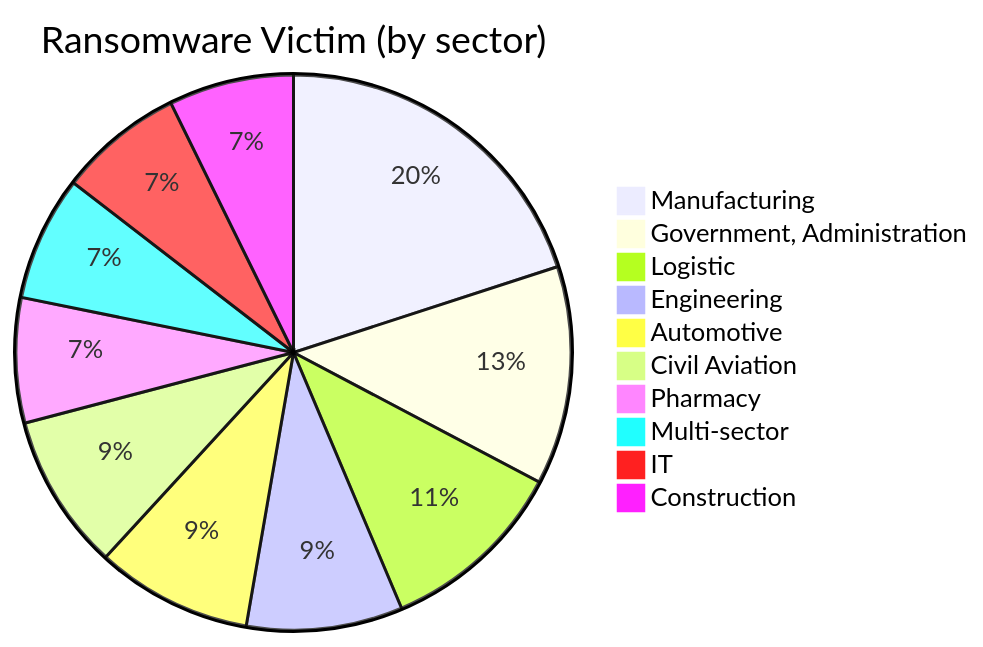
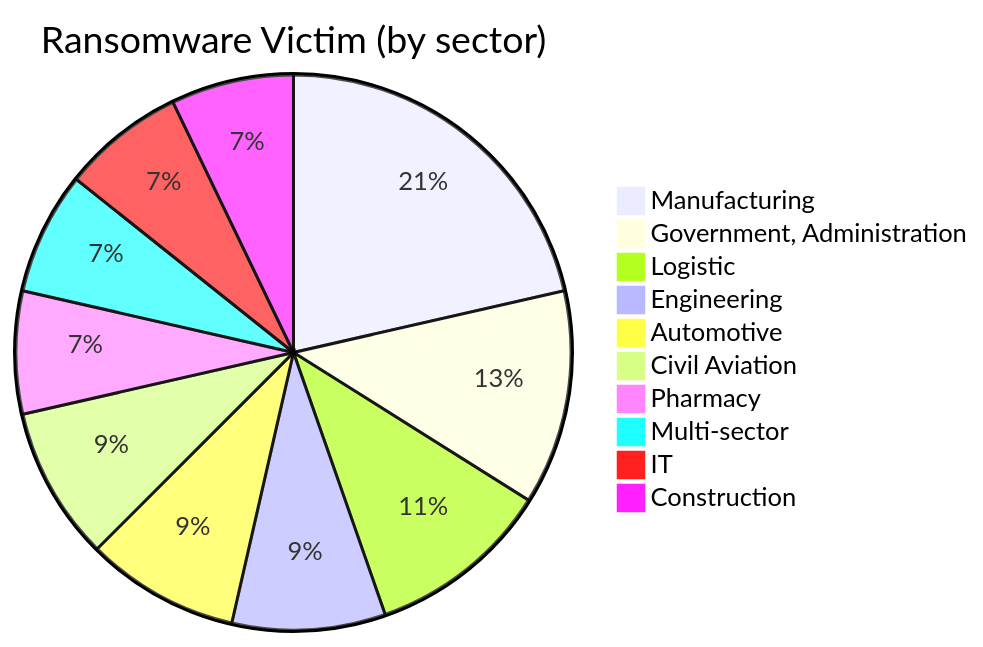
Before and after one commit to rectifyq/site: the third of 3 diagrams in content/MY Threat Landscape/ransomware.md, drawn with Mermaid. The commit also changed other lines of this file and 186 other files, not shown here.

````diff
--- a/content/MY Threat Landscape/ransomware.md
+++ b/content/MY Threat Landscape/ransomware.md
@@ -140,13 +141,13 @@
 ```mermaid
 pie title Ransomware Victim (by sector)
-    "Manufacturing" : 11
+    "Manufacturing" : 12
     "Government, Administration" : 7
     "Logistic" : 6
     "Engineering" : 5
     "Automotive" : 5
     "Civil Aviation" : 5
     "Pharmacy" : 4
     "Multi-sector" : 4
     "IT" : 4
     "Construction" : 4
 ```
````
